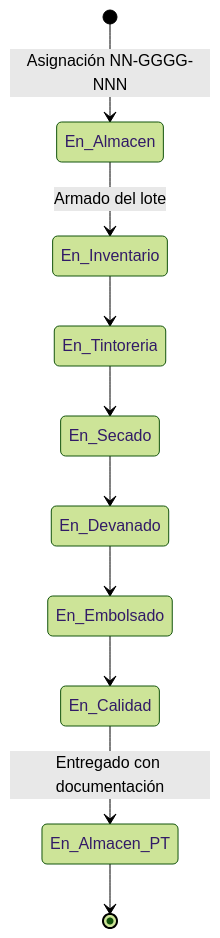
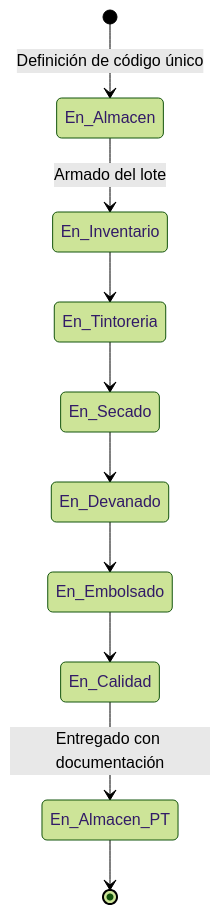
Before and after one commit to luiscm17/yarn-epr: the diagram in docs/prd/operation/lot-processing.md, drawn with Mermaid (forest theme). The commit also changed other lines of this file and 2 other files, not shown here.

````diff
--- a/docs/prd/operation/lot-processing.md
+++ b/docs/prd/operation/lot-processing.md
@@ -178,12 +178,12 @@
 ```mermaid
 stateDiagram-v2
-    [*] --> En_Almacen: Asignación NN-GGGG-NNN
+    [*] --> En_Almacen: Definición de código único
     En_Almacen --> En_Inventario: Armado del lote
     En_Inventario --> En_Tintoreria
     En_Tintoreria --> En_Secado
     En_Secado --> En_Devanado
     En_Devanado --> En_Embolsado
     En_Embolsado --> En_Calidad
     En_Calidad --> En_Almacen_PT: Entregado con documentación
     En_Almacen_PT --> [*]
 ```
````
